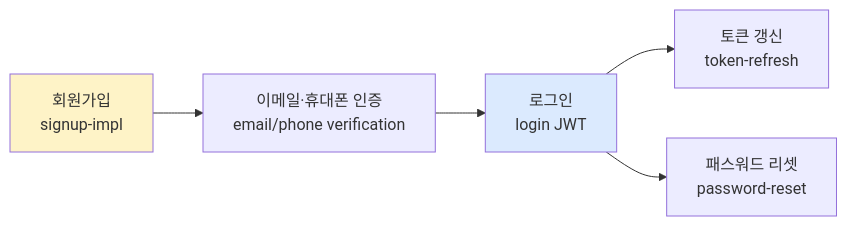
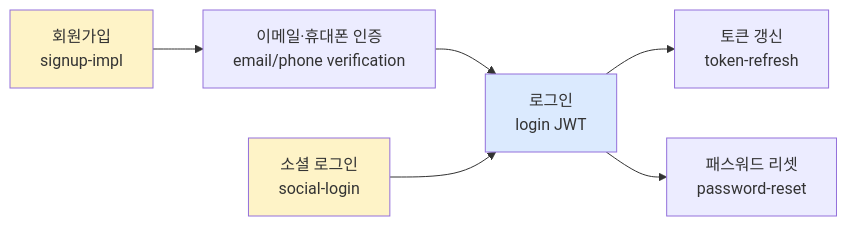
The first of 4 diagrams in obsidian-vault/20-areas/backend/spring/java-spring/api-design/signup/signup.md (yule-studio/yule-agent-vault), drawn with Mermaid before and after one commit. The commit also changed other lines of this file and 6 other files, not shown here.

````diff
--- a/obsidian-vault/20-areas/backend/spring/java-spring/api-design/signup/signup.md
+++ b/obsidian-vault/20-areas/backend/spring/java-spring/api-design/signup/signup.md
@@ -40,10 +40,12 @@
 ```mermaid
 flowchart LR
     A[회원가입<br/>signup-impl] --> B[이메일·휴대폰 인증<br/>email/phone verification]
     B --> C[로그인<br/>login JWT]
+    A2[소셜 로그인<br/>social-login] --> C
     C --> D[토큰 갱신<br/>token-refresh]
     C --> E[패스워드 리셋<br/>password-reset]
 
     style A fill:#fef3c7
+    style A2 fill:#fef3c7
     style C fill:#dbeafe
 ```
````
